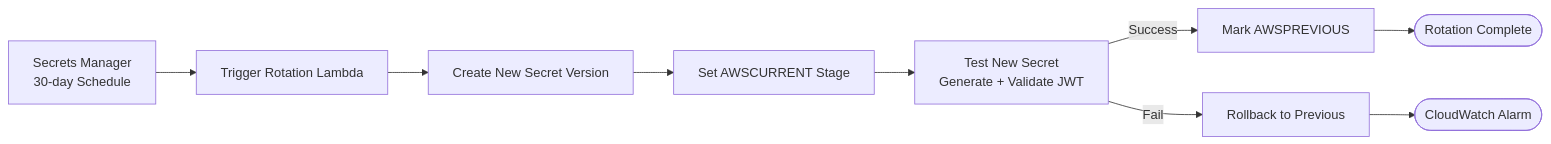
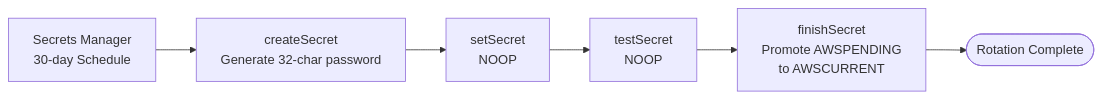
The third of 4 diagrams in docs/60-auth-architecture.md (co-cddo/ndx-try-arch), drawn with Mermaid before and after one commit. The commit also changed other lines of this file and 41 other files, not shown here.

First line of the commit message:
docs: update NDX architecture documentation (#9)

````diff
--- a/docs/60-auth-architecture.md
+++ b/docs/60-auth-architecture.md
@@ -254,11 +222,8 @@
 ```mermaid
 flowchart LR
-    schedule[Secrets Manager<br/>30-day Schedule] --> trigger[Trigger Rotation Lambda]
-    trigger --> create[Create New Secret Version]
-    create --> set[Set AWSCURRENT Stage]
-    set --> test[Test New Secret<br/>Generate + Validate JWT]
-    test -->|Success| finish[Mark AWSPREVIOUS]
-    test -->|Fail| rollback[Rollback to Previous]
+    schedule[Secrets Manager<br/>30-day Schedule] --> create[createSecret<br/>Generate 32-char password]
+    create --> set[setSecret<br/>NOOP]
+    set --> test[testSecret<br/>NOOP]
+    test --> finish[finishSecret<br/>Promote AWSPENDING<br/>to AWSCURRENT]
     finish --> complete([Rotation Complete])
-    rollback --> alarm([CloudWatch Alarm])
 ```
````
